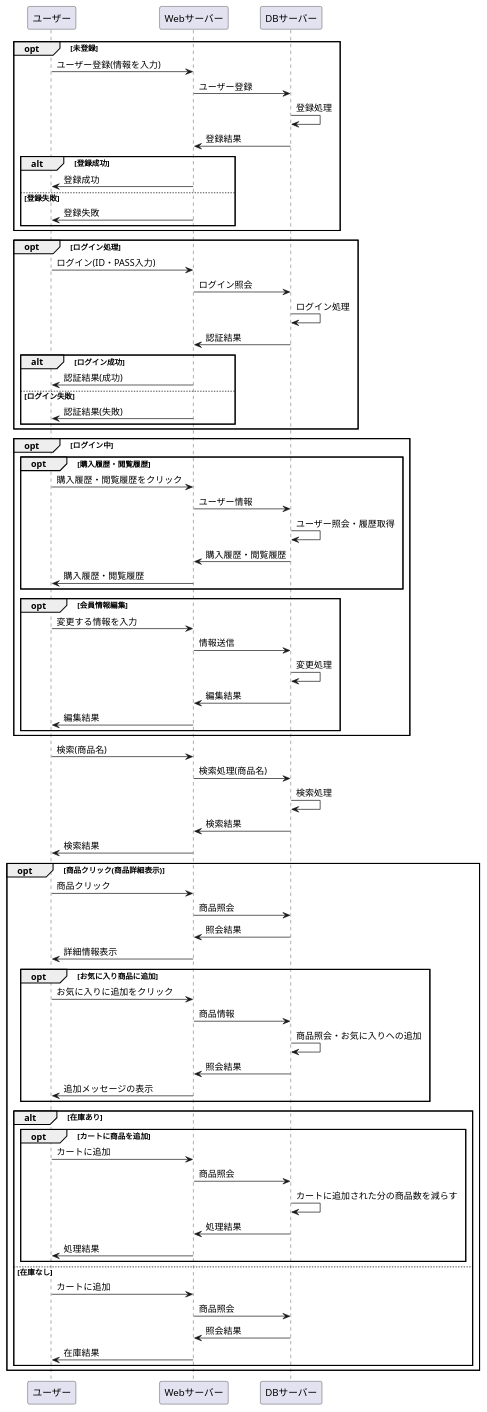
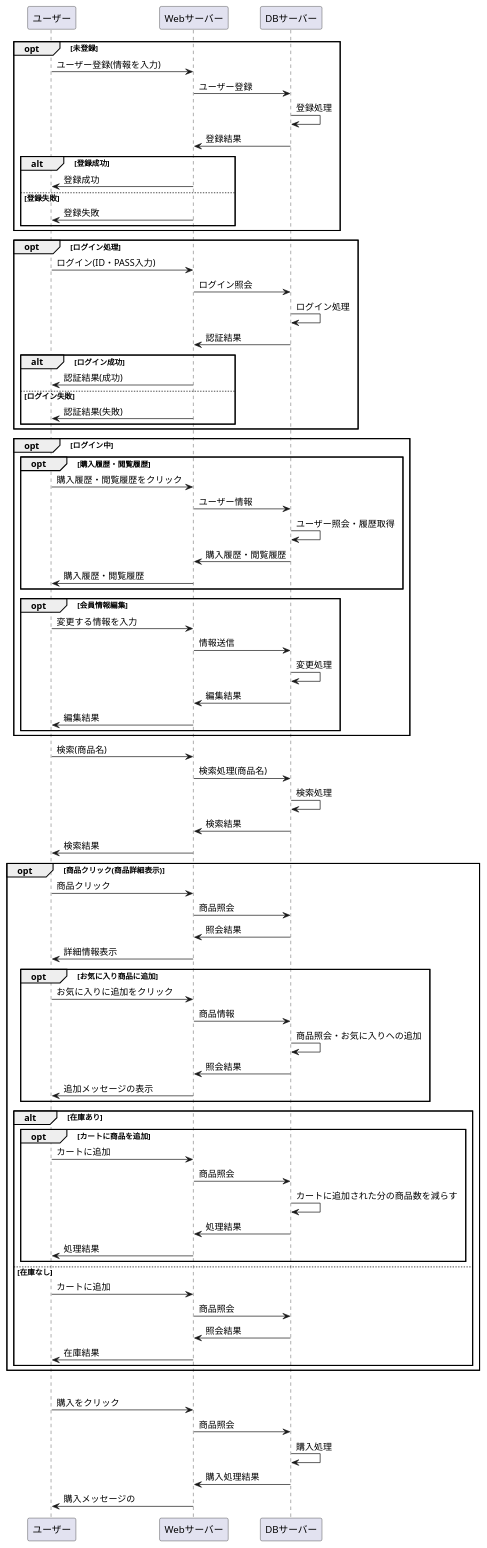
One commit to Aso2001163/2021sys-design-2 changed the diagram in システム開発/業務フロー/業務フロー.md. Above: the diagram before and after it, drawn with PlantUML.

````diff
--- a/システム開発/業務フロー/業務フロー.md
+++ b/システム開発/業務フロー/業務フロー.md
@@ -83,5 +83,11 @@
 end
 end
 
+opt 商品購入
+ユーザー -> Webサーバー : 購入をクリック
+Webサーバー -> DBサーバー : 商品照会
+DBサーバー -> DBサーバー : 購入処理
+DBサーバー -> Webサーバー : 購入処理結果
+Webサーバー -> ユーザー : 購入メッセージの
 @enduml
 ```
````
